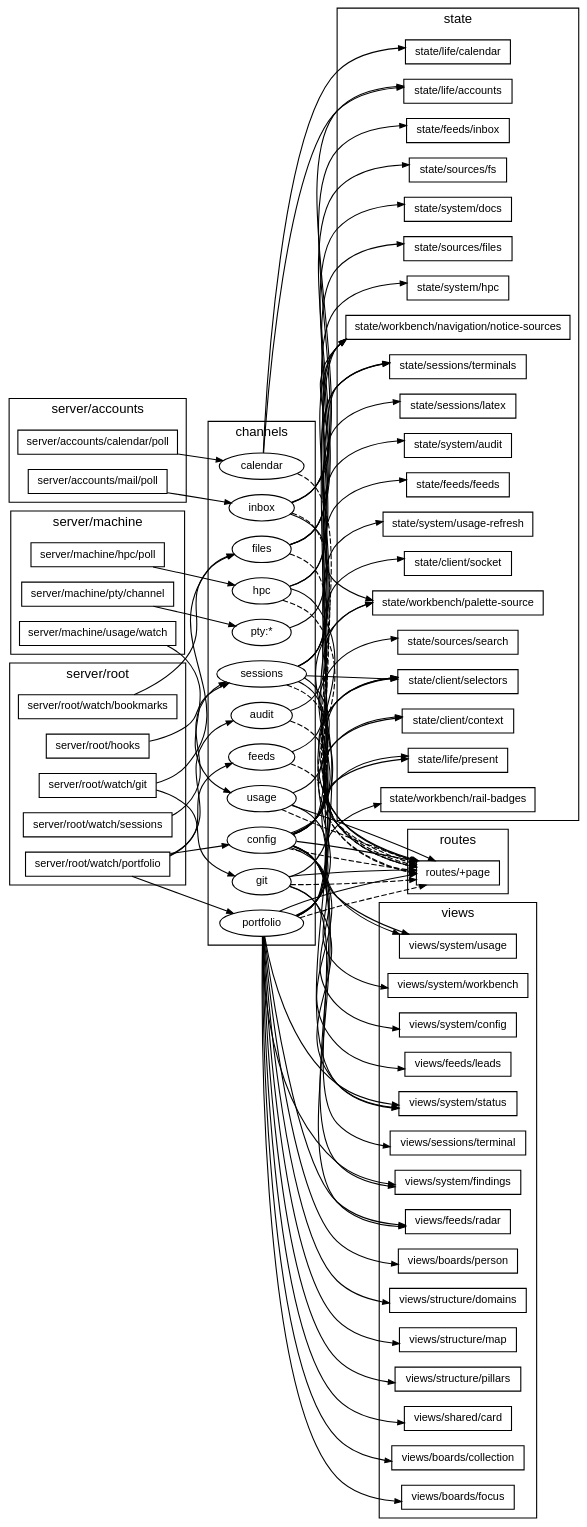
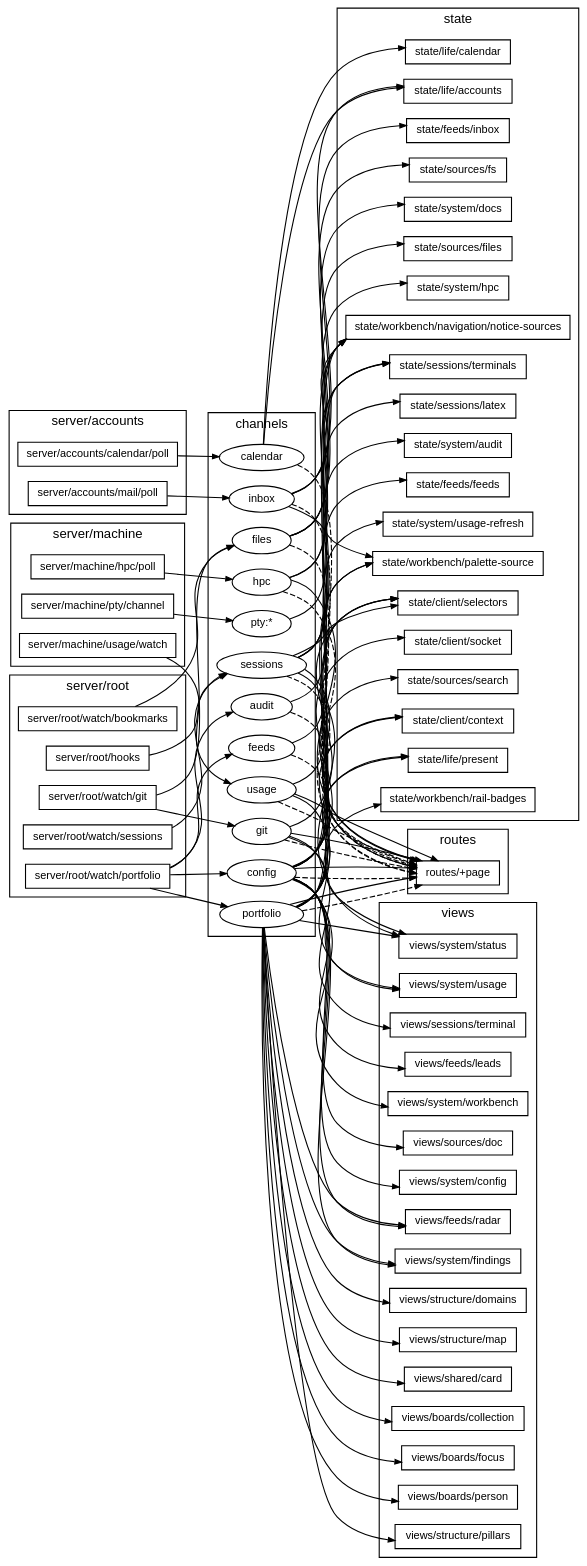
Before and after one commit to TheAxeC/oculus: the diagram in docs/diagrams/channels.dot, drawn with Graphviz. The commit also changed 23 other files, not shown here.

```diff
--- a/docs/diagrams/channels.dot
+++ b/docs/diagrams/channels.dot
@@ -1,168 +1,170 @@
 digraph channels {
     graph [bgcolor="transparent", rankdir=LR, fontname="Helvetica,Arial,sans-serif", fontsize=12, nodesep=0.2, ranksep=0.5];
     node [shape=box, color="black", fontcolor="black", fontname="Helvetica,Arial,sans-serif", fontsize=10, height=0.3, margin="0.12,0.04"];
     edge [color="black", fontcolor="black", fontname="Helvetica,Arial,sans-serif", fontsize=8, arrowsize=0.6];
     subgraph "cluster_publish server/accounts" {
         label="server/accounts"; style=solid;
         "server/accounts/calendar/poll";
         "server/accounts/mail/poll";
     }
     subgraph "cluster_publish server/machine" {
         label="server/machine"; style=solid;
         "server/machine/hpc/poll";
         "server/machine/pty/channel";
         "server/machine/usage/watch";
     }
     subgraph "cluster_publish server/root" {
         label="server/root"; style=solid;
         "server/root/hooks";
         "server/root/watch/bookmarks";
         "server/root/watch/git";
         "server/root/watch/portfolio";
         "server/root/watch/sessions";
     }
     subgraph "cluster_channels" {
         label="channels"; style=solid;
         "ch audit" [label="audit", shape=ellipse];
         "ch calendar" [label="calendar", shape=ellipse];
         "ch config" [label="config", shape=ellipse];
         "ch feeds" [label="feeds", shape=ellipse];
         "ch files" [label="files", shape=ellipse];
         "ch git" [label="git", shape=ellipse];
         "ch hpc" [label="hpc", shape=ellipse];
         "ch inbox" [label="inbox", shape=ellipse];
         "ch portfolio" [label="portfolio", shape=ellipse];
         "ch pty:*" [label="pty:*", shape=ellipse];
         "ch sessions" [label="sessions", shape=ellipse];
         "ch usage" [label="usage", shape=ellipse];
     }
     subgraph "cluster_read state" {
         label="state"; style=solid;
         "state/client/context";
         "state/client/selectors";
         "state/client/socket";
         "state/feeds/feeds";
         "state/feeds/inbox";
         "state/life/accounts";
         "state/life/calendar";
         "state/life/present";
         "state/sessions/latex";
         "state/sessions/terminals";
         "state/sources/files";
         "state/sources/fs";
         "state/sources/search";
         "state/system/audit";
         "state/system/docs";
         "state/system/hpc";
         "state/system/usage-refresh";
         "state/workbench/navigation/notice-sources";
         "state/workbench/palette-source";
         "state/workbench/rail-badges";
     }
     subgraph "cluster_read views" {
         label="views"; style=solid;
         "views/boards/collection";
         "views/boards/focus";
         "views/boards/person";
         "views/feeds/leads";
         "views/feeds/radar";
         "views/sessions/terminal";
         "views/shared/card";
+        "views/sources/doc";
         "views/structure/domains";
         "views/structure/map";
         "views/structure/pillars";
         "views/system/config";
         "views/system/findings";
         "views/system/status";
         "views/system/usage";
         "views/system/workbench";
     }
     subgraph "cluster_read routes" {
         label="routes"; style=solid;
         "routes/+page";
     }
     "ch audit" -> "routes/+page" [style=dashed];
     "ch audit" -> "state/system/audit";
     "ch calendar" -> "routes/+page" [style=dashed];
     "ch calendar" -> "state/life/accounts";
     "ch calendar" -> "state/life/calendar";
     "ch config" -> "routes/+page" [style=dashed];
     "ch config" -> "routes/+page";
     "ch config" -> "state/client/context";
     "ch config" -> "state/client/selectors";
     "ch config" -> "state/client/socket";
     "ch config" -> "state/life/present";
     "ch config" -> "state/sessions/terminals";
     "ch config" -> "state/sources/search";
     "ch config" -> "state/workbench/palette-source";
     "ch config" -> "views/feeds/leads";
     "ch config" -> "views/feeds/radar";
+    "ch config" -> "views/sources/doc";
     "ch config" -> "views/system/config";
     "ch config" -> "views/system/findings";
     "ch config" -> "views/system/usage";
     "ch config" -> "views/system/workbench";
     "ch feeds" -> "routes/+page" [style=dashed];
     "ch feeds" -> "state/feeds/feeds";
     "ch files" -> "routes/+page" [style=dashed];
     "ch files" -> "state/sources/files";
     "ch files" -> "state/sources/fs";
     "ch files" -> "state/system/docs";
     "ch git" -> "routes/+page" [style=dashed];
     "ch git" -> "routes/+page";
     "ch git" -> "state/client/selectors";
     "ch git" -> "views/sessions/terminal";
     "ch git" -> "views/system/status";
     "ch hpc" -> "routes/+page" [style=dashed];
     "ch hpc" -> "routes/+page";
     "ch hpc" -> "state/system/hpc";
     "ch hpc" -> "state/workbench/navigation/notice-sources";
     "ch inbox" -> "routes/+page" [style=dashed];
     "ch inbox" -> "state/feeds/inbox";
     "ch inbox" -> "state/life/accounts";
     "ch inbox" -> "state/workbench/navigation/notice-sources";
     "ch inbox" -> "state/workbench/palette-source";
     "ch portfolio" -> "routes/+page" [style=dashed];
     "ch portfolio" -> "routes/+page";
     "ch portfolio" -> "state/client/context";
     "ch portfolio" -> "state/client/selectors";
     "ch portfolio" -> "state/life/present";
     "ch portfolio" -> "state/workbench/navigation/notice-sources";
     "ch portfolio" -> "state/workbench/palette-source";
     "ch portfolio" -> "state/workbench/rail-badges";
     "ch portfolio" -> "views/boards/collection";
     "ch portfolio" -> "views/boards/focus";
     "ch portfolio" -> "views/boards/person";
     "ch portfolio" -> "views/feeds/radar";
     "ch portfolio" -> "views/shared/card";
     "ch portfolio" -> "views/structure/domains";
     "ch portfolio" -> "views/structure/map";
     "ch portfolio" -> "views/structure/pillars";
     "ch portfolio" -> "views/system/findings";
     "ch portfolio" -> "views/system/status";
     "ch pty:*" -> "state/sessions/terminals";
     "ch sessions" -> "routes/+page" [style=dashed];
     "ch sessions" -> "routes/+page";
     "ch sessions" -> "state/client/selectors";
     "ch sessions" -> "state/sessions/latex";
     "ch sessions" -> "state/sessions/terminals";
     "ch sessions" -> "state/workbench/navigation/notice-sources";
     "ch sessions" -> "views/system/status";
     "ch usage" -> "routes/+page" [style=dashed];
     "ch usage" -> "routes/+page";
     "ch usage" -> "state/system/usage-refresh";
     "ch usage" -> "views/system/usage";
     "server/accounts/calendar/poll" -> "ch calendar";
     "server/accounts/mail/poll" -> "ch inbox";
     "server/machine/hpc/poll" -> "ch hpc";
     "server/machine/pty/channel" -> "ch pty:*";
     "server/machine/usage/watch" -> "ch usage";
     "server/root/hooks" -> "ch sessions";
     "server/root/watch/bookmarks" -> "ch files";
     "server/root/watch/git" -> "ch files";
     "server/root/watch/git" -> "ch git";
     "server/root/watch/portfolio" -> "ch audit";
     "server/root/watch/portfolio" -> "ch config";
     "server/root/watch/portfolio" -> "ch feeds";
     "server/root/watch/portfolio" -> "ch portfolio";
     "server/root/watch/sessions" -> "ch sessions";
 }
```
